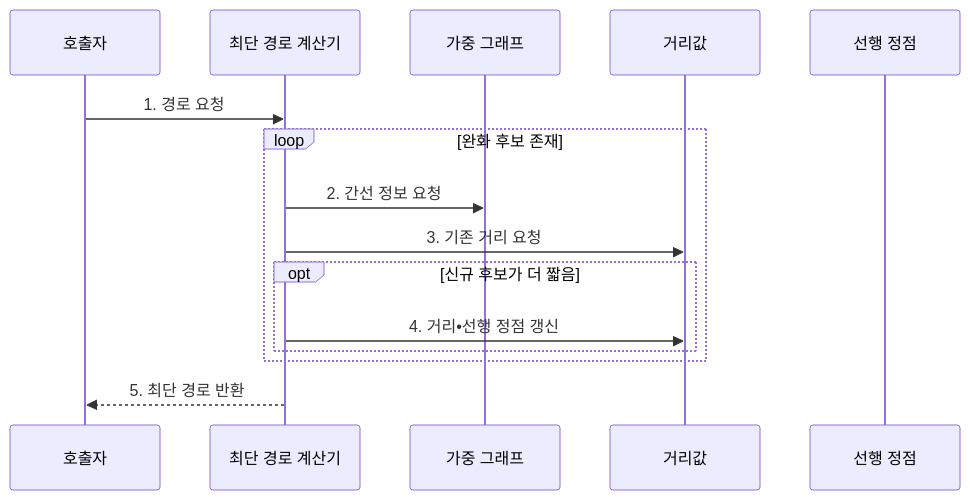
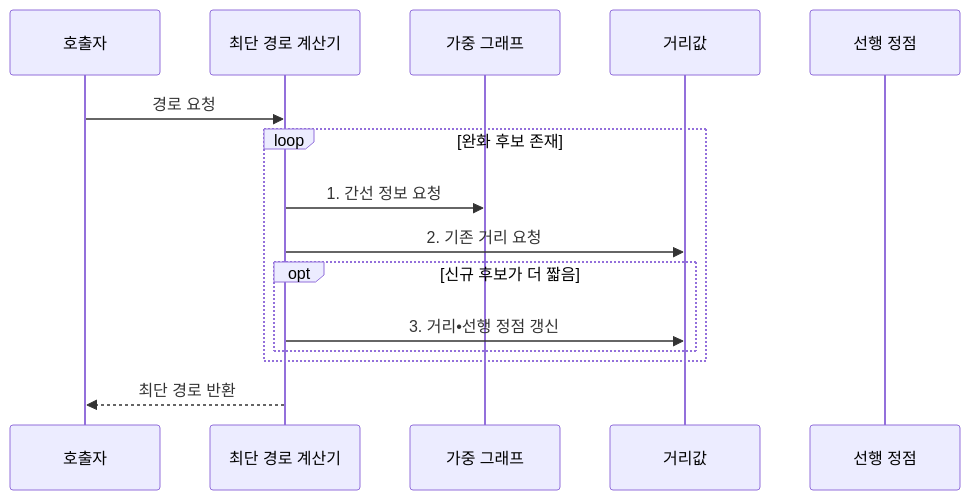
One commit to agnusdei1207/knowledge-base changed the second of 2 diagrams in src/content/docs/notes/01-basic-theory/011_shortest_path.md. Above: the diagram before and after it, drawn with Mermaid. The commit also changed other lines of this file and 17 other files, not shown here.

````diff
--- a/src/content/docs/notes/01-basic-theory/011_shortest_path.md
+++ b/src/content/docs/notes/01-basic-theory/011_shortest_path.md
@@ -88,17 +88,17 @@
 ```mermaid
 sequenceDiagram
     participant Q as 호출자
     participant S as 최단 경로 계산기
     participant G as 가중 그래프
     participant D as 거리값
     participant R as 선행 정점
-    Q->>S: 1. 경로 요청
+    Q->>S: 경로 요청
     loop 완화 후보 존재
-        S->>G: 2. 간선 정보 요청
-        S->>D: 3. 기존 거리 요청
+        S->>G: 1. 간선 정보 요청
+        S->>D: 2. 기존 거리 요청
         opt 신규 후보가 더 짧음
-            S->>D: 4. 거리•선행 정점 갱신
+            S->>D: 3. 거리•선행 정점 갱신
         end
     end
-    S-->>Q: 5. 최단 경로 반환
+    S-->>Q: 최단 경로 반환
 ```
````
